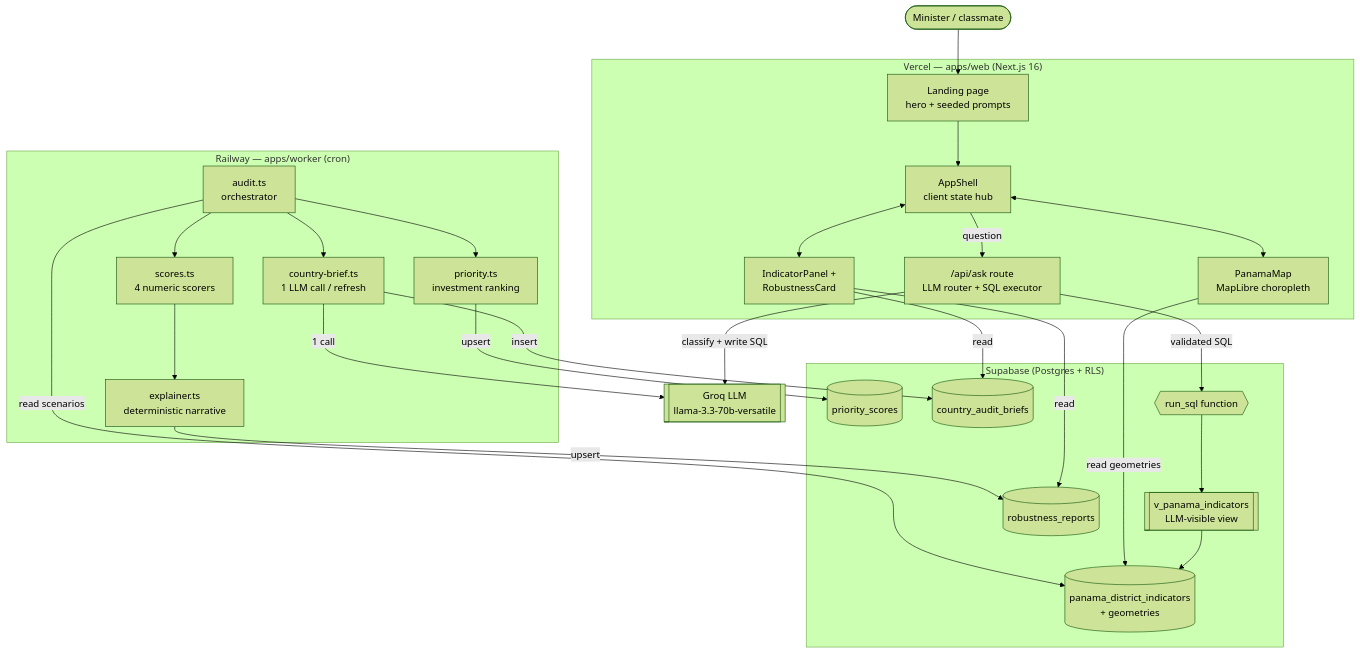
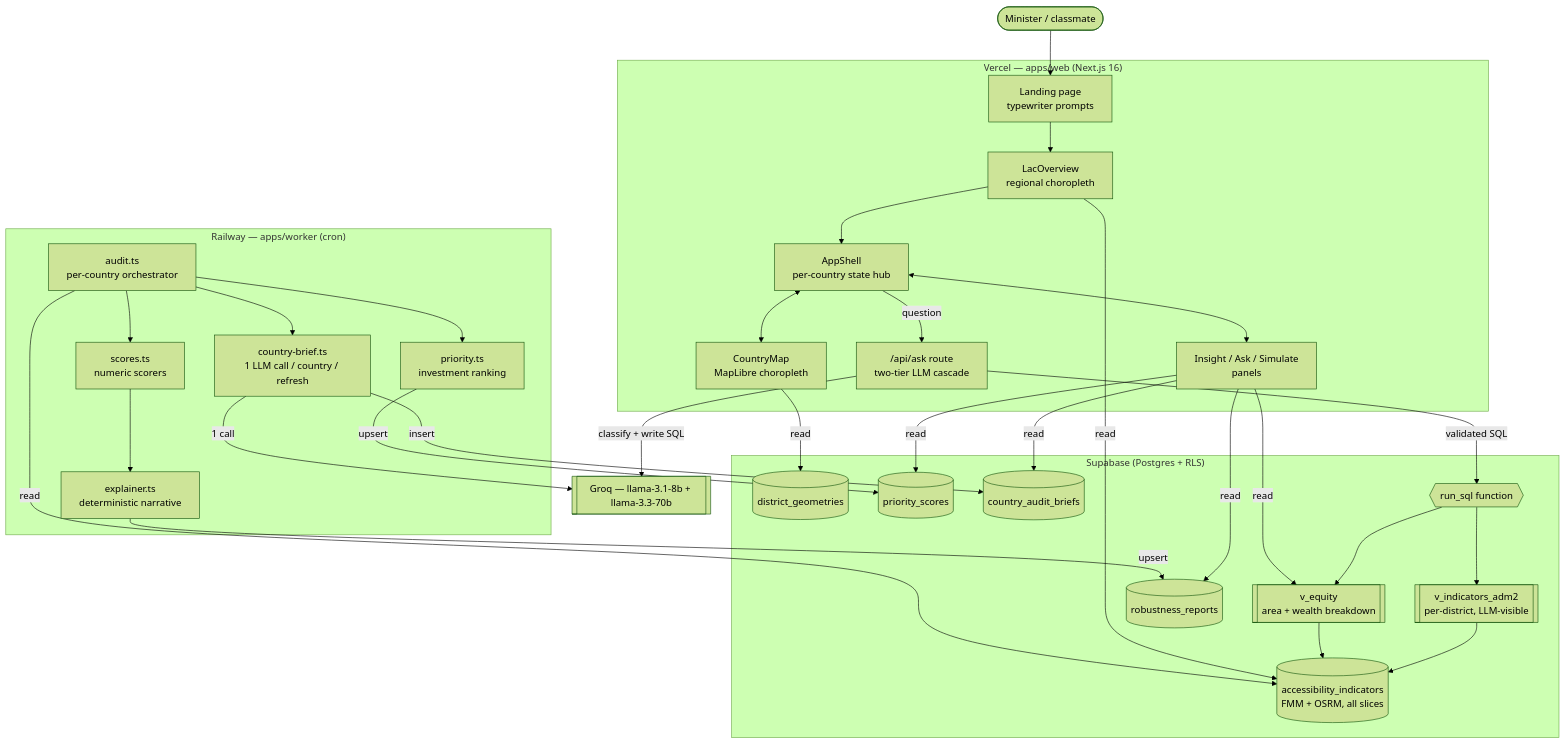
Before and after one commit to AngelaLop/eduaccess-lac: the first of 4 diagrams in docs/ARCHITECTURE.md, drawn with Mermaid (forest theme). The commit also changed other lines of this file and 2 other files, not shown here.

First line of the commit message:
v4: refresh README + architecture docs, add v4 summary

````diff
--- a/docs/ARCHITECTURE.md
+++ b/docs/ARCHITECTURE.md
@@ -8,54 +22,62 @@
 ```mermaid
 graph TD
     User([Minister / classmate])
 
     subgraph Vercel["Vercel — apps/web (Next.js 16)"]
-        Landing[Landing page<br/>hero + seeded prompts]
-        Shell[AppShell<br/>client state hub]
-        Map[PanamaMap<br/>MapLibre choropleth]
-        Panel[IndicatorPanel +<br/>RobustnessCard]
-        Ask["/api/ask route<br/>LLM router + SQL executor"]
+        Landing[Landing page<br/>typewriter prompts]
+        LAC[LacOverview<br/>regional choropleth]
+        Shell[AppShell<br/>per-country state hub]
+        Map[CountryMap<br/>MapLibre choropleth]
+        Panels[Insight / Ask / Simulate<br/>panels]
+        Ask["/api/ask route<br/>two-tier LLM cascade"]
     end
 
     subgraph Railway["Railway — apps/worker (cron)"]
-        Audit[audit.ts<br/>orchestrator]
-        Scores[scores.ts<br/>4 numeric scorers]
+        Audit[audit.ts<br/>per-country orchestrator]
+        Scores[scores.ts<br/>numeric scorers]
         Explain[explainer.ts<br/>deterministic narrative]
         Priority[priority.ts<br/>investment ranking]
-        Brief[country-brief.ts<br/>1 LLM call / refresh]
+        Brief[country-brief.ts<br/>1 LLM call / country / refresh]
     end
 
     subgraph Supabase["Supabase (Postgres + RLS)"]
-        Indic[(panama_district_indicators<br/>+ geometries)]
-        View[[v_panama_indicators<br/>LLM-visible view]]
+        Indic[(accessibility_indicators<br/>FMM + OSRM, all slices)]
+        Geo[(district_geometries)]
+        ViewD[[v_indicators_adm2<br/>per-district, LLM-visible]]
+        ViewE[[v_equity<br/>area + wealth breakdown]]
         Robust[(robustness_reports)]
         Prio[(priority_scores)]
         Cbrief[(country_audit_briefs)]
         RPC{{run_sql function}}
     end
 
-    Groq[[Groq LLM<br/>llama-3.3-70b-versatile]]
+    Groq[[Groq — llama-3.1-8b + llama-3.3-70b]]
 
-    User --> Landing --> Shell
+    User --> Landing --> LAC --> Shell
     Shell <--> Map
-    Shell <--> Panel
+    Shell <--> Panels
     Shell -- question --> Ask
 
     Ask -- classify + write SQL --> Groq
     Ask -- validated SQL --> RPC
-    RPC --> View
-    View --> Indic
+    RPC --> ViewD
+    RPC --> ViewE
+    ViewD --> Indic
+    ViewE --> Indic
 
-    Panel -- read --> Robust
-    Panel -- read --> Cbrief
-    Map -- read geometries --> Indic
+    Panels -- read --> Robust
+    Panels -- read --> Prio
+    Panels -- read --> Cbrief
+    Panels -- read --> ViewE
+    Map -- read --> Geo
+    LAC -- read --> Indic
 
+    Audit -- read --> Indic
     Audit --> Scores --> Explain
     Audit --> Priority
     Audit --> Brief
     Brief -- 1 call --> Groq
-    Audit -- read scenarios --> Indic
     Explain -- upsert --> Robust
     Priority -- upsert --> Prio
     Brief -- insert --> Cbrief
 ```
````
